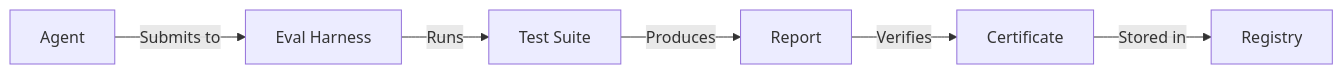
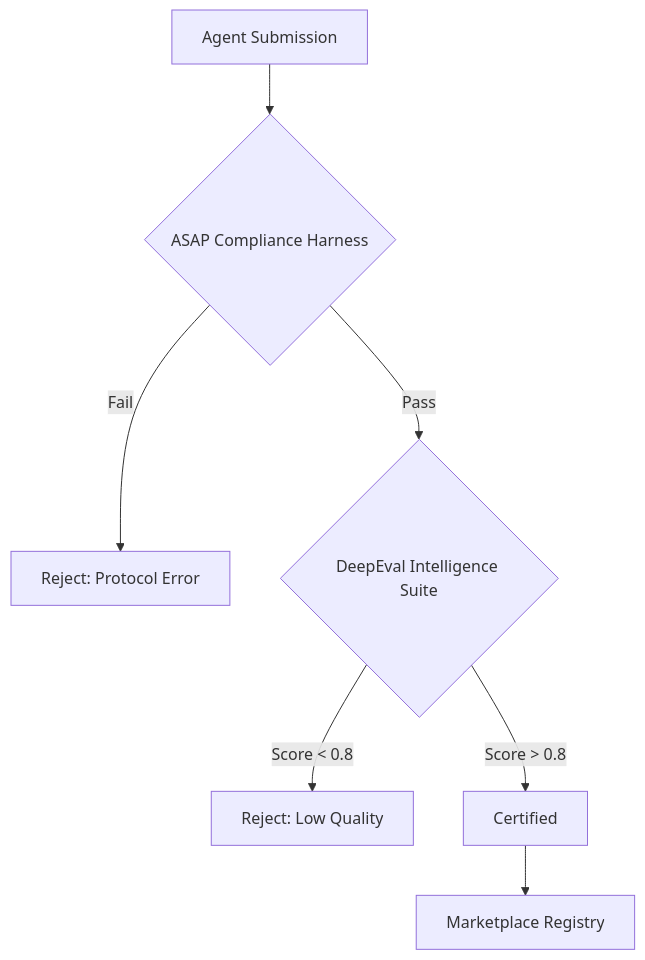
One commit to adriannoes/asap-protocol changed the second of 2 diagrams in .cursor/product-specs/vision-agent-marketplace.md. Above: the diagram before and after it, drawn with Mermaid. The commit also changed other lines of this file and 61 other files, not shown here.

First line of the commit message:
docs: complete roadmap planning and cleanup for v1.1.0+

````diff
--- a/.cursor/product-specs/vision-agent-marketplace.md
+++ b/.cursor/product-specs/vision-agent-marketplace.md
@@ -189,8 +220,9 @@
 ```mermaid
-graph LR
-    A[Agent] -->|Submits to| E[Eval Harness]
-    E -->|Runs| T[Test Suite]
-    T -->|Produces| R[Report]
-    R -->|Verifies| C[Certificate]
-    C -->|Stored in| Reg[Registry]
+graph TD
+    A[Agent Submission] --> B{ASAP Compliance Harness}
+    B -->|Fail| R[Reject: Protocol Error]
+    B -->|Pass| C{DeepEval Intelligence Suite}
+    C -->|Score < 0.8| F[Reject: Low Quality]
+    C -->|Score > 0.8| D[Certified]
+    D --> E[Marketplace Registry]
 ```
````
